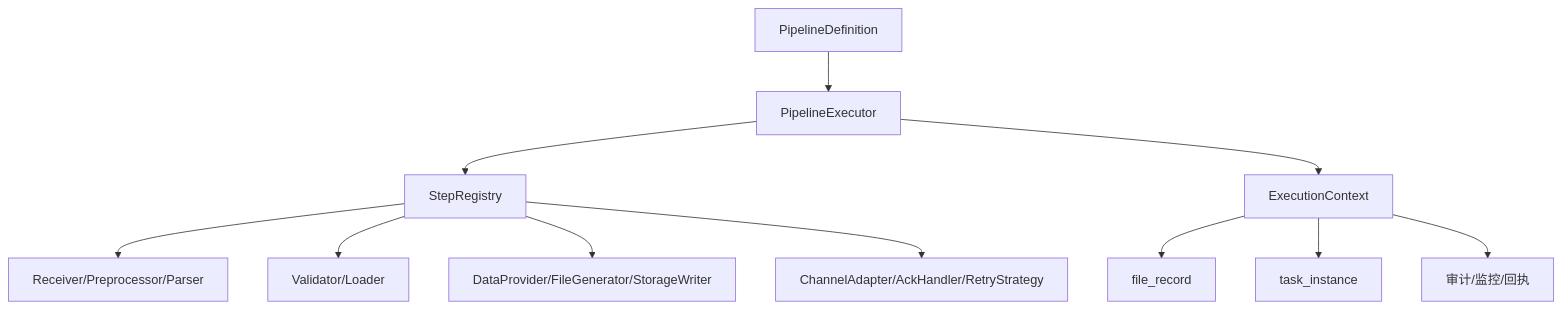
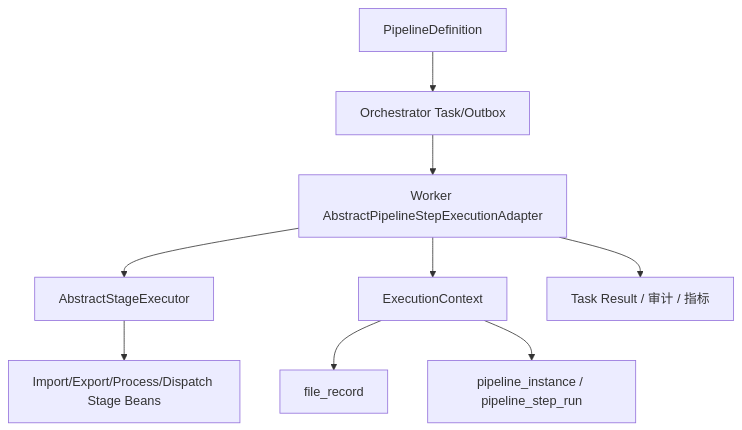
One commit to pinpols/file-batch-system changed the fifth of 8 diagrams in docs/design/file-pipeline-design.md. Above: the diagram before and after it, drawn with Mermaid. The commit also changed other lines of this file and 71 other files, not shown here.

````diff
--- a/docs/design/file-pipeline-design.md
+++ b/docs/design/file-pipeline-design.md
@@ -770,13 +770,11 @@
 ```mermaid
 flowchart TD
-    A[PipelineDefinition] --> B[PipelineExecutor]
-    B --> C[StepRegistry]
-    C --> D[Receiver/Preprocessor/Parser]
-    C --> E[Validator/Loader]
-    C --> F[DataProvider/FileGenerator/StorageWriter]
-    C --> G[ChannelAdapter/AckHandler/RetryStrategy]
-    B --> H[ExecutionContext]
+    A[PipelineDefinition] --> B[Orchestrator Task/Outbox]
+    B --> C[Worker AbstractPipelineStepExecutionAdapter]
+    C --> D[AbstractStageExecutor]
+    D --> E[Import/Export/Process/Dispatch Stage Beans]
+    C --> H[ExecutionContext]
     H --> I[file_record]
-    H --> J[task_instance]
-    H --> K[审计/监控/回执]
+    H --> J[pipeline_instance / pipeline_step_run]
+    C --> K[Task Result / 审计 / 指标]
 ```
````
